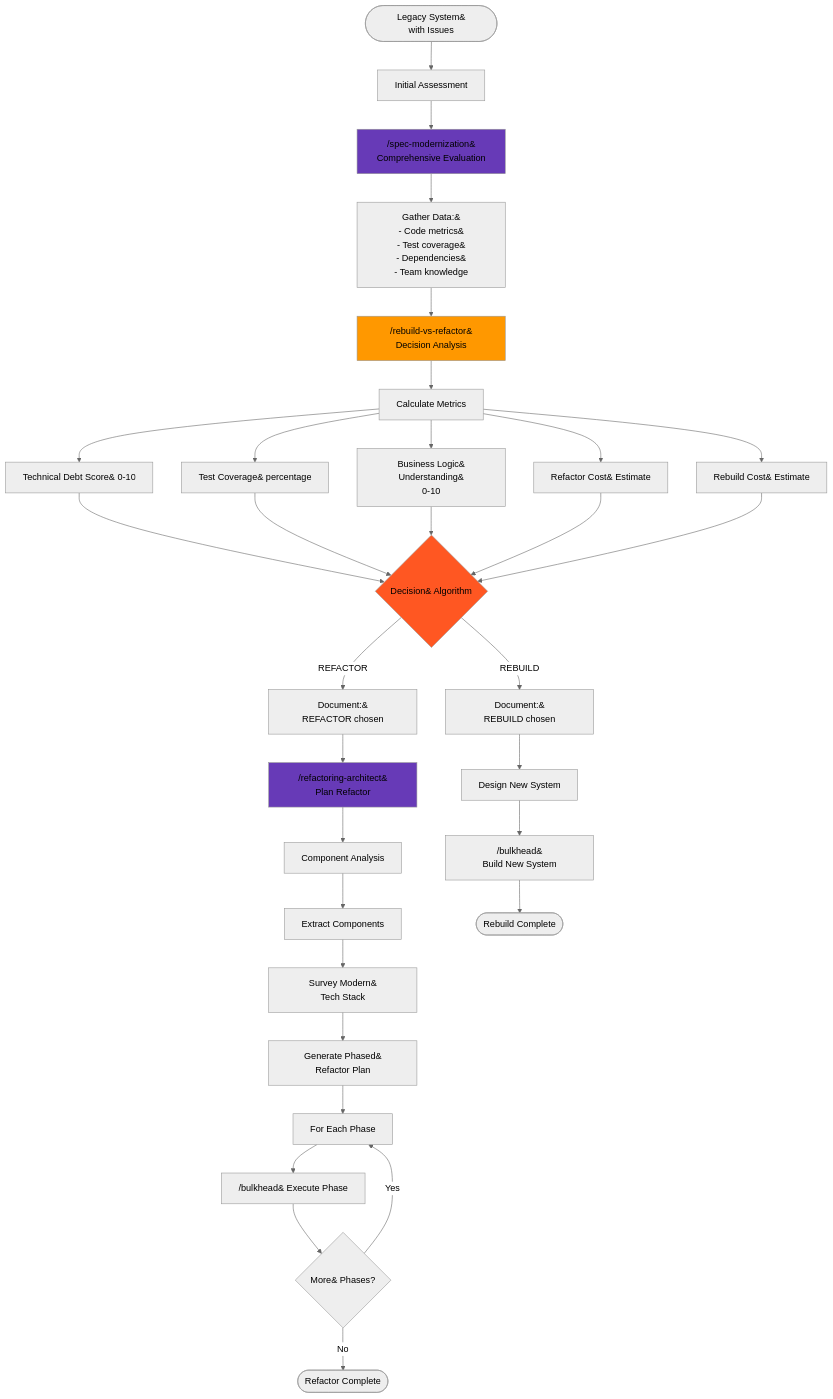
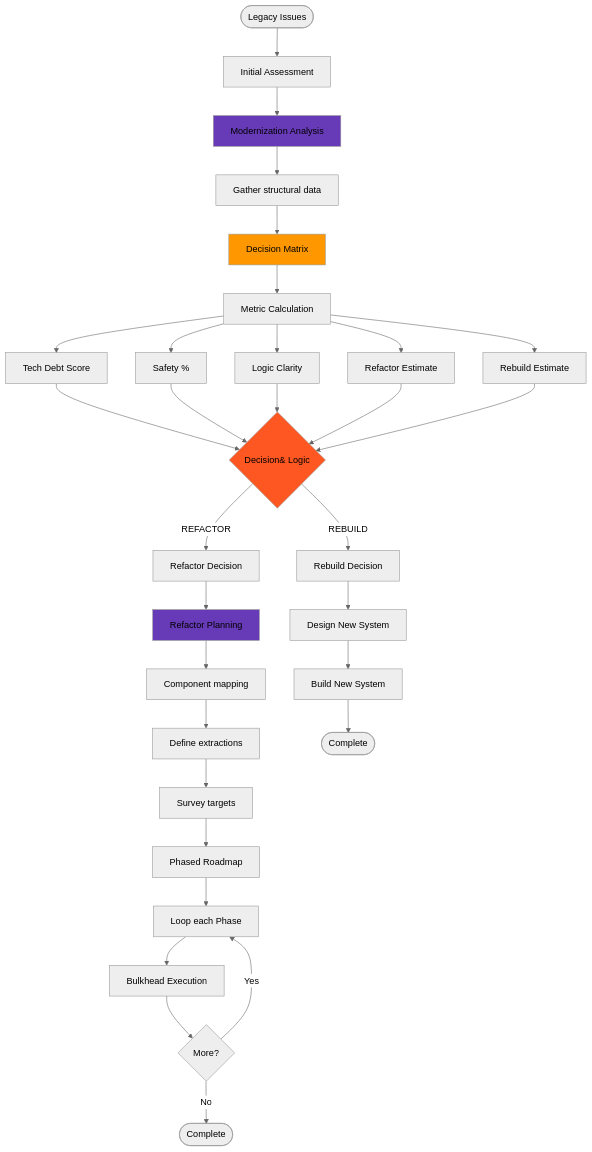
One commit to agarwalvipin/bulkhead changed the seventh of 8 diagrams in docs/workflow-scenarios.md. Above: the diagram before and after it, drawn with Mermaid (neutral theme). The commit also changed other lines of this file and 19 other files, not shown here.

````diff
--- a/docs/workflow-scenarios.md
+++ b/docs/workflow-scenarios.md
@@ -363,50 +363,50 @@
 ```mermaid
 graph TD
-    Start(["Legacy System&#10;with Issues"]) --> Initial[Initial Assessment]
+    Start(["Legacy Issues"]) --> Initial[Initial Assessment]
     
-    Initial --> SpecMod["/spec-modernization&#10;Comprehensive Evaluation"]
+    Initial --> SpecMod["Modernization Analysis"]
     
-    SpecMod --> Gather["Gather Data:&#10;- Code metrics&#10;- Test coverage&#10;- Dependencies&#10;- Team knowledge"]
+    SpecMod --> Gather["Gather structural data"]
     
-    Gather --> RvR["/rebuild-vs-refactor&#10;Decision Analysis"]
+    Gather --> RvR["Decision Matrix"]
     
-    RvR --> Metrics[Calculate Metrics]
+    RvR --> Metrics[Metric Calculation]
     
-    Metrics --> TechDebt["Technical Debt Score&#10;0-10"]
-    Metrics --> TestCov["Test Coverage&#10;percentage"]
-    Metrics --> BizLogic["Business Logic&#10;Understanding&#10;0-10"]
-    Metrics --> RefactorCost["Refactor Cost&#10;Estimate"]
-    Metrics --> RebuildCost["Rebuild Cost&#10;Estimate"]
+    Metrics --> TechDebt["Tech Debt Score"]
+    Metrics --> TestCov["Safety %"]
+    Metrics --> BizLogic["Logic Clarity"]
+    Metrics --> RefactorCost["Refactor Estimate"]
+    Metrics --> RebuildCost["Rebuild Estimate"]
     
-    TechDebt --> Decision{"Decision&#10;Algorithm"}
+    TechDebt --> Decision{"Decision&#10;Logic"}
     TestCov --> Decision
     BizLogic --> Decision
     RefactorCost --> Decision
     RebuildCost --> Decision
     
-    Decision -->|REFACTOR| RefactorDecision["Document:&#10;REFACTOR chosen"]
-    Decision -->|REBUILD| RebuildDecision["Document:&#10;REBUILD chosen"]
+    Decision -->|REFACTOR| RefactorDecision["Refactor Decision"]
+    Decision -->|REBUILD| RebuildDecision["Rebuild Decision"]
     
-    RefactorDecision --> RefArch["/refactoring-architect&#10;Plan Refactor"]
+    RefactorDecision --> RefArch["Refactor Planning"]
     
-    RefArch --> ComponentAnalysis[Component Analysis]
-    ComponentAnalysis --> ExtractComps[Extract Components]
-    ExtractComps --> TechSurvey["Survey Modern&#10;Tech Stack"]
-    TechSurvey --> PhasedPlan["Generate Phased&#10;Refactor Plan"]
+    RefArch --> ComponentAnalysis[Component mapping]
+    ComponentAnalysis --> ExtractComps[Define extractions]
+    ExtractComps --> TechSurvey["Survey targets"]
+    TechSurvey --> PhasedPlan["Phased Roadmap"]
     
-    PhasedPlan --> PhaseLoop[For Each Phase]
+    PhasedPlan --> PhaseLoop[Loop each Phase]
     
-    PhaseLoop --> PhaseBulkhead["/bulkhead&#10;Execute Phase"]
-    PhaseBulkhead --> PhaseComplete{"More&#10;Phases?"}
+    PhaseLoop --> PhaseBulkhead["Bulkhead Execution"]
+    PhaseBulkhead --> PhaseComplete{"More?"}
     PhaseComplete -->|Yes| PhaseLoop
-    PhaseComplete -->|No| RefactorDone([Refactor Complete])
+    PhaseComplete -->|No| RefactorDone([Complete])
     
     RebuildDecision --> NewDesign[Design New System]
-    NewDesign --> BulkheadNew["/bulkhead&#10;Build New System"]
-    BulkheadNew --> RebuildComplete([Rebuild Complete])
+    NewDesign --> BulkheadNew["Build New System"]
+    BulkheadNew --> RebuildComplete([Complete])
     
     style SpecMod fill:#673AB7
     style RvR fill:#FF9800
     style RefArch fill:#673AB7
     style Decision fill:#FF5722
 ```
````
